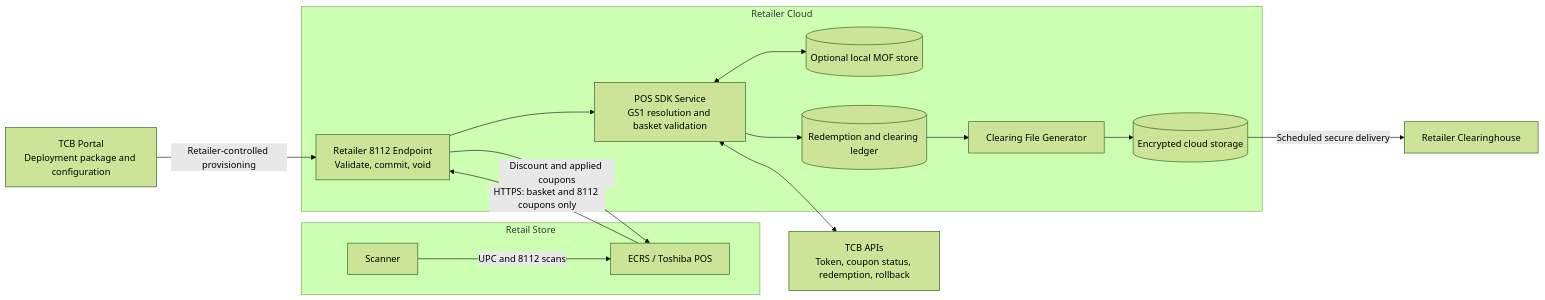
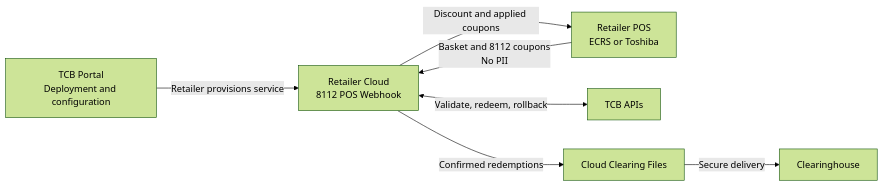
One commit to TheCouponBureau-org/basket-validation-function changed the first of 2 diagrams in pos_webhook/IntegrationGuide.md. Above: the diagram before and after it, drawn with Mermaid (forest theme). The commit also changed other lines of this file and 1 other file, not shown here.

````diff
--- a/pos_webhook/IntegrationGuide.md
+++ b/pos_webhook/IntegrationGuide.md
@@ -18,33 +19,16 @@
 ```mermaid
 flowchart LR
-    Portal[TCB Portal<br/>Deployment package and configuration]
-    TCB[TCB APIs<br/>Token, coupon status, redemption, rollback]
-    CH[Retailer Clearinghouse]
+    Portal[TCB Portal<br/>Deployment and configuration]
+    POS[Retailer POS<br/>ECRS or Toshiba]
+    Webhook[Retailer Cloud<br/>8112 POS Webhook]
+    TCB[TCB APIs]
+    Files[Cloud Clearing Files]
+    Clearinghouse[Clearinghouse]
 
-    subgraph Store[Retail Store]
-        Scanner[Scanner]
-        POS[ECRS / Toshiba POS]
-        Scanner -->|UPC and 8112 scans| POS
-    end
-
-    subgraph RetailerCloud[Retailer Cloud]
-        Endpoint[Retailer 8112 Endpoint<br/>Validate, commit, void]
-        SDK[POS SDK Service<br/>GS1 resolution and basket validation]
-        Offers[(Optional local MOF store)]
-        Ledger[(Redemption and clearing ledger)]
-        FileService[Clearing File Generator]
-        Storage[(Encrypted cloud storage)]
-
-        Endpoint --> SDK
-        SDK <--> Offers
-        SDK --> Ledger
-        Ledger --> FileService
-        FileService --> Storage
-    end
-
-    Portal -->|Retailer-controlled provisioning| Endpoint
-    POS -->|HTTPS: basket and 8112 coupons only| Endpoint
-    Endpoint -->|Discount and applied coupons| POS
-    SDK <--> TCB
-    Storage -->|Scheduled secure delivery| CH
+    Portal -->|Retailer provisions service| Webhook
+    POS -->|Basket and 8112 coupons<br/>No PII| Webhook
+    Webhook -->|Discount and applied coupons| POS
+    Webhook <-->|Validate, redeem, rollback| TCB
+    Webhook -->|Confirmed redemptions| Files
+    Files -->|Secure delivery| Clearinghouse
 ```
````
